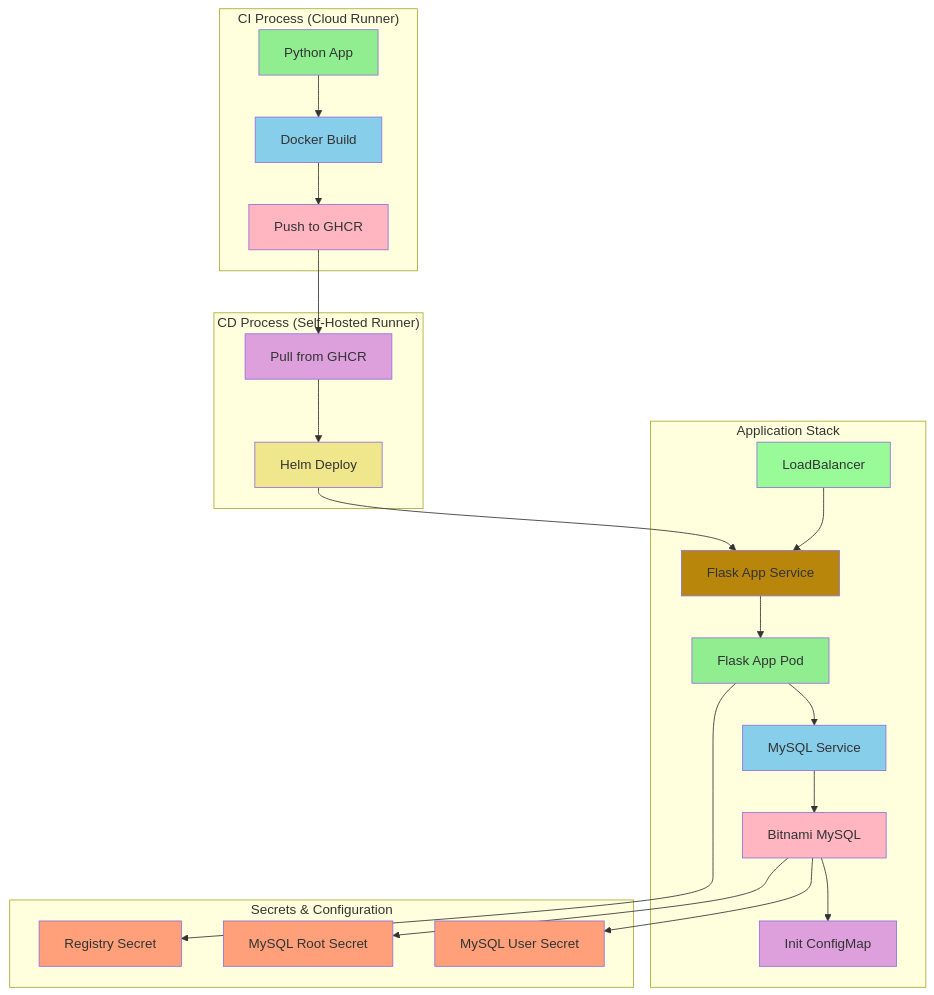
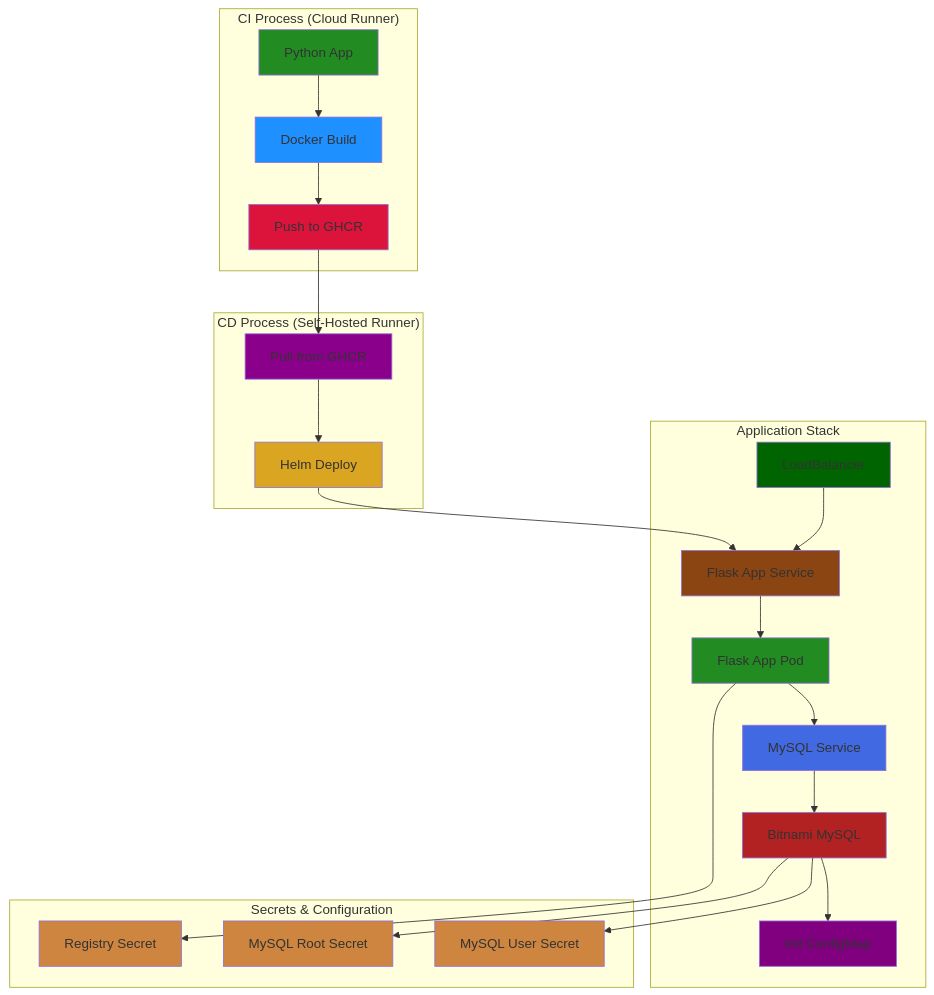
The first of 2 diagrams in README.md (dvirmoyal/world-of-game), drawn with Mermaid before and after one commit. The commit also changed other lines of this file and 73 other files, not shown here.

Commit message:
feat(database): integrate bitnami mysql helm chart

````diff
--- a/README.md
+++ b/README.md
@@ -6,46 +20,41 @@
 ```mermaid
-
 graph TB
     subgraph "CI Process (Cloud Runner)"
         A[Python App] --> B[Docker Build]
         B --> C[Push to GHCR]
-        style A fill:#90EE90
-        style B fill:#87CEEB
-        style C fill:#FFB6C1
+        style A fill:#228B22
+        style B fill:#1E90FF
+        style C fill:#DC143C
     end
-
     subgraph "CD Process (Self-Hosted Runner)"
         D[Pull from GHCR] --> E[Helm Deploy]
-        style D fill:#DDA0DD
-        style E fill:#F0E68C
+        style D fill:#8B008B
+        style E fill:#DAA520
     end
-
     subgraph "Application Stack"
         F[LoadBalancer] --> G[Flask App Service]
         G --> H[Flask App Pod]
         H --> I[MySQL Service]
         I --> J[Bitnami MySQL]
         J --> K[Init ConfigMap]
-        style F fill:#98FB98
-        style G fill:#B8860B
-        style H fill:#90EE90
-        style I fill:#87CEEB
-        style J fill:#FFB6C1
-        style K fill:#DDA0DD
+        style F fill:#006400
+        style G fill:#8B4513
+        style H fill:#228B22
+        style I fill:#4169E1
+        style J fill:#B22222
+        style K fill:#800080
     end
-
     subgraph "Secrets & Configuration"
         L[Registry Secret]
         M[MySQL Root Secret]
         N[MySQL User Secret]
-        style L fill:#FFA07A
-        style M fill:#FFA07A
-        style N fill:#FFA07A
+        style L fill:#CD853F
+        style M fill:#CD853F
+        style N fill:#CD853F
     end
-
     C --> D
     E --> G
     H --> L
     J --> M
     J --> N
 ```
````
